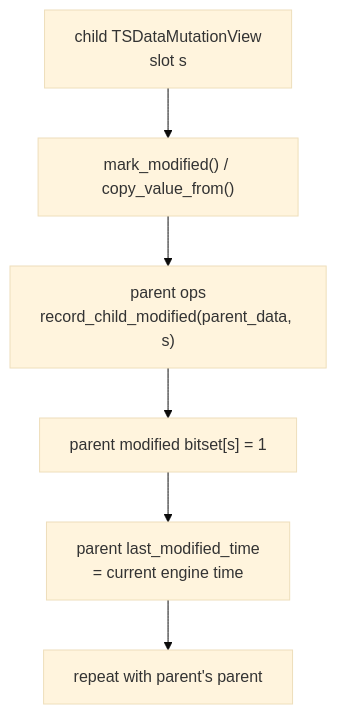
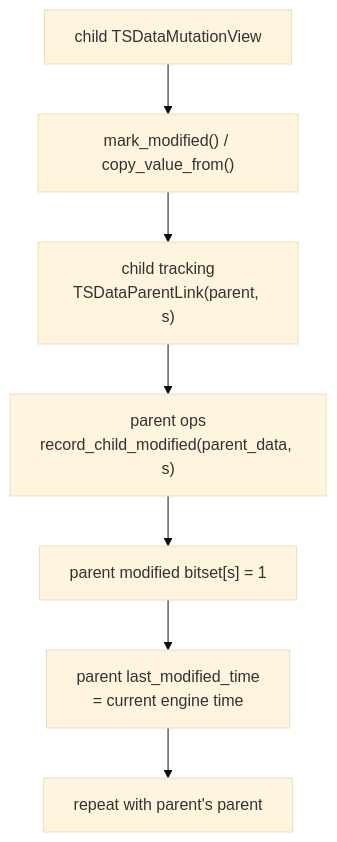
The eighth of 8 diagrams in docs/source/developer_guide/data_structures/plans_and_ops/time_series.rst (hhenson/hg_cpp), drawn with Mermaid (base theme) before and after one commit. The commit also changed other lines of this file and 5 other files, not shown here.

Commit message:
Update parent link handling

```diff
--- a/docs/source/developer_guide/data_structures/plans_and_ops/time_series.rst
+++ b/docs/source/developer_guide/data_structures/plans_and_ops/time_series.rst
@@ -627,15 +652,17 @@
 .. mermaid::
 
    flowchart TD
-      ChildMutation["child TSDataMutationView<br/>slot s"]
+      ChildMutation["child TSDataMutationView"]
       Mark["mark_modified() / copy_value_from()"]
+      ParentLink["child tracking<br/>TSDataParentLink(parent, s)"]
       ParentHook["parent ops<br/>record_child_modified(parent_data, s)"]
       ModifiedBit["parent modified bitset[s] = 1"]
       ParentTime["parent last_modified_time<br/>= current engine time"]
       Bubble["repeat with parent's parent"]
 
       ChildMutation --> Mark
-      Mark --> ParentHook
+      Mark --> ParentLink
+      ParentLink --> ParentHook
       ParentHook --> ModifiedBit
       ModifiedBit --> ParentTime
       ParentTime --> Bubble
```
